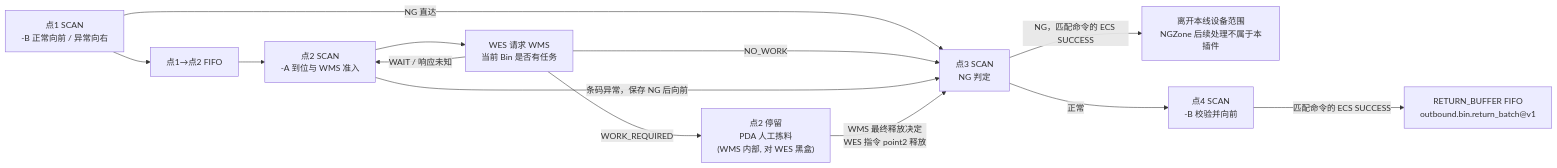
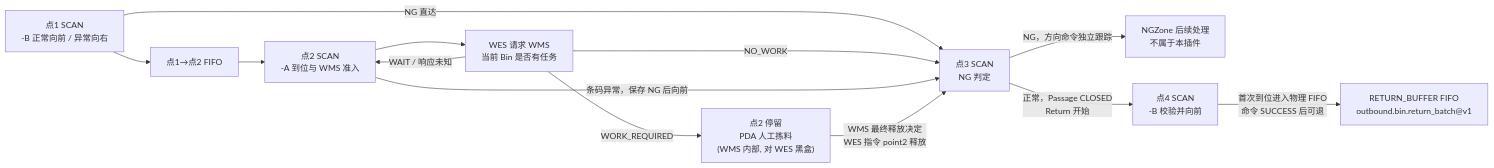
Before and after one commit to kaizhoumasha/wes_backend: the second of 2 diagrams in docs/contracts/wms-manual-outbound-picking-integration-requirements.md, drawn with Mermaid. The commit also changed other lines of this file and 11 other files, not shown here.

````diff
--- a/docs/contracts/wms-manual-outbound-picking-integration-requirements.md
+++ b/docs/contracts/wms-manual-outbound-picking-integration-requirements.md
@@ -176,15 +179,15 @@
 ```mermaid
 flowchart LR
     P1["点1 SCAN<br/>-B 正常向前 / 异常向右"] --> BUF["点1→点2 FIFO"]
     P1 -->|NG 直达| P3["点3 SCAN<br/>-B 正常向前 / 未授权向左"]
     BUF --> P2SCAN["点2 SCAN<br/>-A 到位与 WMS 准入"]
     P2SCAN --> ASK["WES 请求 WMS<br/>当前 Bin 是否有任务"]
     ASK -->|WORK_REQUIRED| P2["点2 停留<br/>PDA 人工拣料<br/>(WMS 内部, 对 WES 黑盒)"]
     ASK -->|NO_WORK| P3
     ASK -->|WAIT / 响应未知| P2SCAN
     P2SCAN -->|条码异常，保存 NG 后向前| P3
     P2 -->|WMS 最终释放决定<br/>WES 指令 point2 释放| P3["点3 SCAN<br/>NG 判定"]
-    P3 -->|NG，匹配命令的 ECS SUCCESS| EXIT["离开本线设备范围<br/>NGZone 后续处理不属于本插件"]
-    P3 -->|正常| P4["点4 SCAN<br/>-B 校验并向前"]
-    P4 -->|匹配命令的 ECS SUCCESS| RB["RETURN_BUFFER FIFO<br/>outbound.bin.return_batch@v1"]
+    P3 -->|NG，方向命令独立跟踪| EXIT["NGZone 后续处理<br/>不属于本插件"]
+    P3 -->|正常，Passage CLOSED<br/>Return 开始| P4["点4 SCAN<br/>-B 校验并向前"]
+    P4 -->|首次到位进入物理 FIFO<br/>命令 SUCCESS 后可退| RB["RETURN_BUFFER FIFO<br/>outbound.bin.return_batch@v1"]
 ```
````
